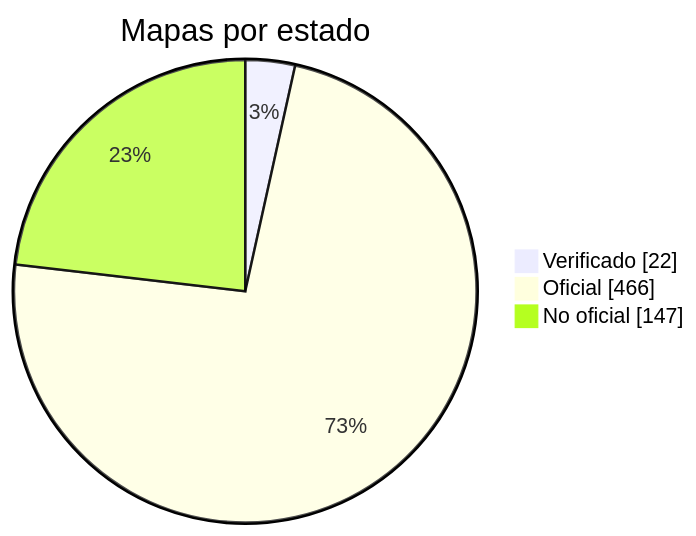
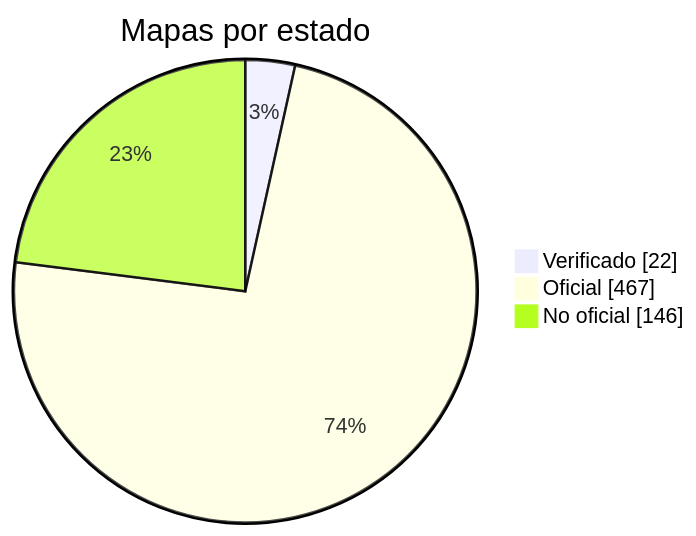
One commit to nobrega8/mbmap-library changed the diagram in docs/readme/README_ES.md. Above: the diagram before and after it, drawn with Mermaid. The commit also changed 6 other files, not shown here.

````diff
--- a/docs/readme/README_ES.md
+++ b/docs/readme/README_ES.md
@@ -54,7 +54,7 @@
 ```mermaid
 pie showData
     title Mapas por estado
     "Verificado" : 22
-    "Oficial" : 466
-    "No oficial" : 147
+    "Oficial" : 467
+    "No oficial" : 146
 ```
````
